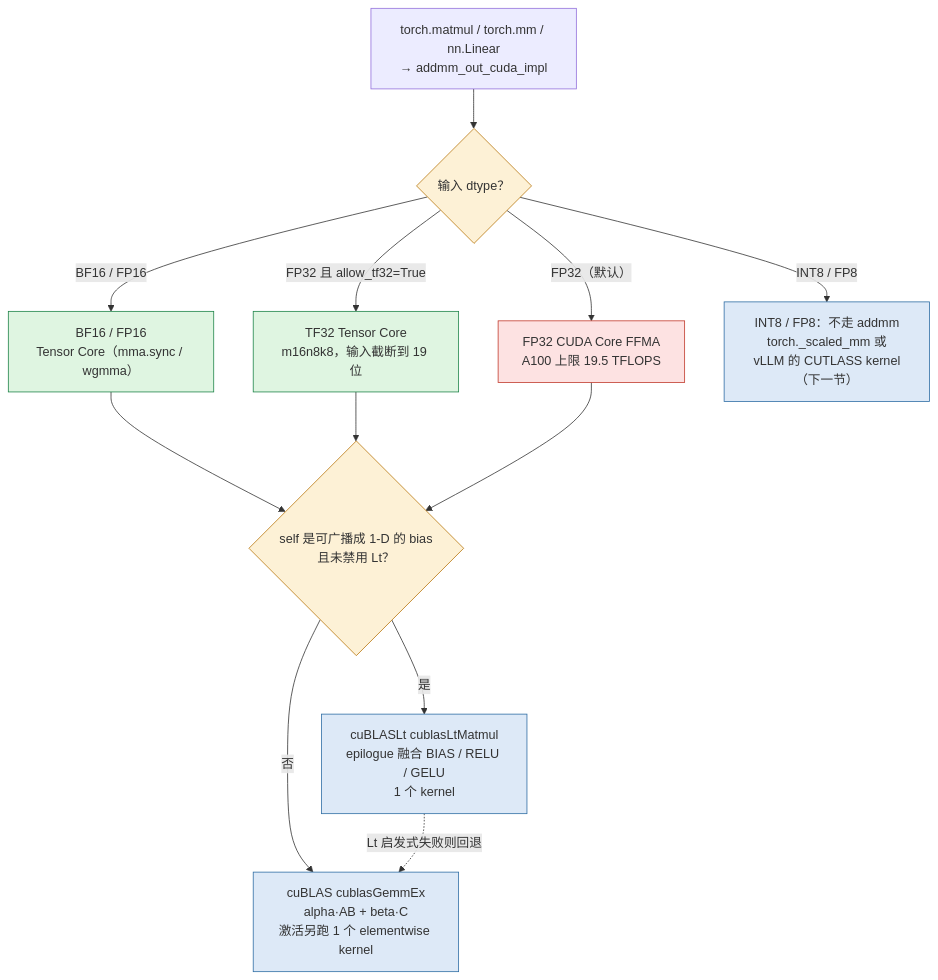
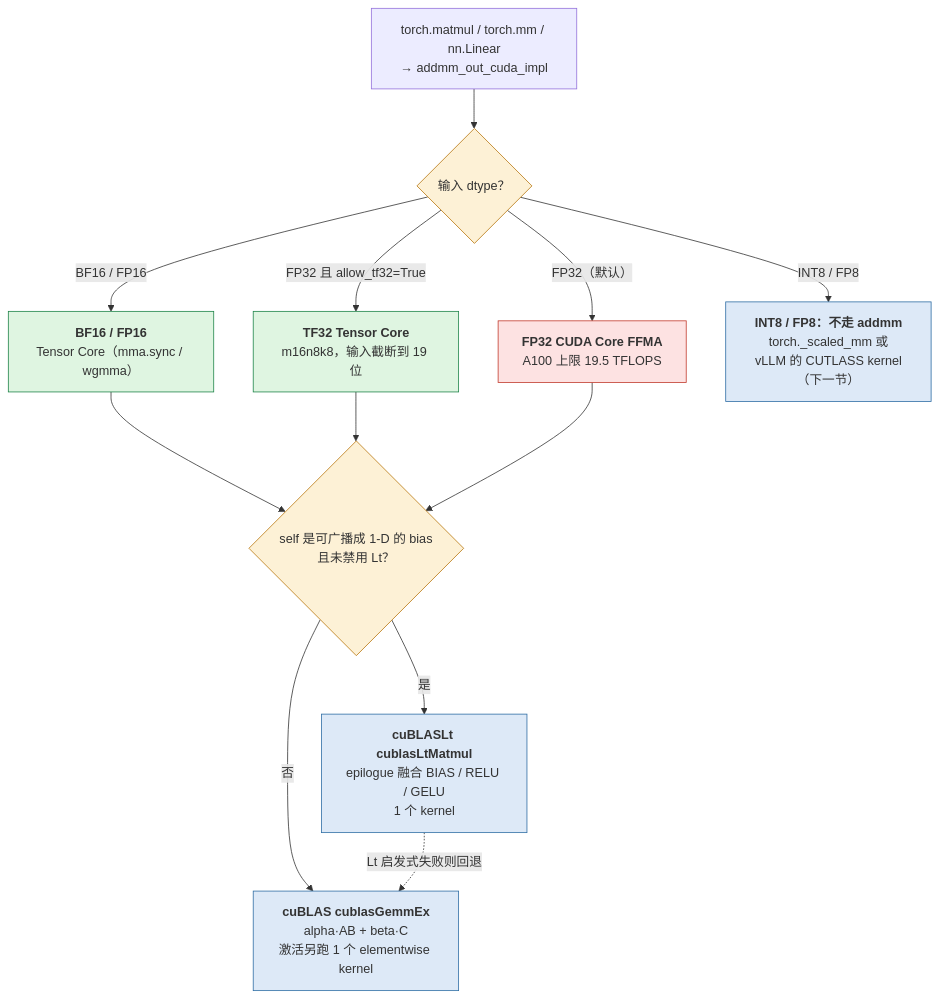
The third of 3 diagrams in _posts/2026-05-16-tensor-cores-cutlass-and-cute.md (arganzheng/arganzheng.github.com), drawn with Mermaid before and after one commit. The commit also changed other lines of this file and 10 other files, not shown here.

First line of the commit message:
GPU Kernel 工程：从 CUDA 执行模型到 FlashAttention：Mermaid 多行方框的首行标为标题（11 篇）

````diff
--- a/_posts/2026-05-16-tensor-cores-cutlass-and-cute.md
+++ b/_posts/2026-05-16-tensor-cores-cutlass-and-cute.md
@@ -1056,33 +1056,33 @@
 ```mermaid
 %% 图：torch.matmul 的分派决策树：按 dtype 落到 Tensor Core、TF32、FP32 CUDA Core 或 _scaled_mm，再看能否走 cuBLASLt 融合 bias
 flowchart TB
     entry["torch.matmul / torch.mm / nn.Linear<br/>→ addmm_out_cuda_impl"]
     dt{"输入 dtype？"}
     entry --> dt
-    bf["BF16 / FP16<br/>Tensor Core（mma.sync / wgmma）"]
-    tf32["TF32 Tensor Core<br/>m16n8k8，输入截断到 19 位"]
-    fp32["FP32 CUDA Core FFMA<br/>A100 上限 19.5 TFLOPS"]
-    i8["INT8 / FP8：不走 addmm<br/>torch._scaled_mm 或<br/>vLLM 的 CUTLASS kernel（下一节）"]
+    bf["<b>BF16 / FP16</b><br/>Tensor Core（mma.sync / wgmma）"]
+    tf32["<b>TF32 Tensor Core</b><br/>m16n8k8，输入截断到 19 位"]
+    fp32["<b>FP32 CUDA Core FFMA</b><br/>A100 上限 19.5 TFLOPS"]
+    i8["<b>INT8 / FP8：不走 addmm</b><br/>torch._scaled_mm 或<br/>vLLM 的 CUTLASS kernel（下一节）"]
     dt -- "BF16 / FP16" --> bf
     dt -- "FP32 且 allow_tf32=True" --> tf32
     dt -- "FP32（默认）" --> fp32
     dt -- "INT8 / FP8" --> i8
     bias{"self 是可广播成 1-D 的 bias<br/>且未禁用 Lt？"}
     bf --> bias
     tf32 --> bias
     fp32 --> bias
-    lt["cuBLASLt cublasLtMatmul<br/>epilogue 融合 BIAS / RELU / GELU<br/>1 个 kernel"]
-    cb["cuBLAS cublasGemmEx<br/>alpha·AB + beta·C<br/>激活另跑 1 个 elementwise kernel"]
+    lt["<b>cuBLASLt cublasLtMatmul</b><br/>epilogue 融合 BIAS / RELU / GELU<br/>1 个 kernel"]
+    cb["<b>cuBLAS cublasGemmEx</b><br/>alpha·AB + beta·C<br/>激活另跑 1 个 elementwise kernel"]
     bias -- "是" --> lt
     bias -- "否" --> cb
     lt -. "Lt 启发式失败则回退" .-> cb
 
     classDef q fill:#fdf1d6,stroke:#b9770e
     classDef tc fill:#dff5e1,stroke:#1e8449
     classDef cc fill:#fde2e2,stroke:#c0392b
     classDef lib fill:#dde9f7,stroke:#2e6da4
     class dt,bias q
     class bf,tf32 tc
     class fp32 cc
     class lt,cb,i8 lib
 ```
````
